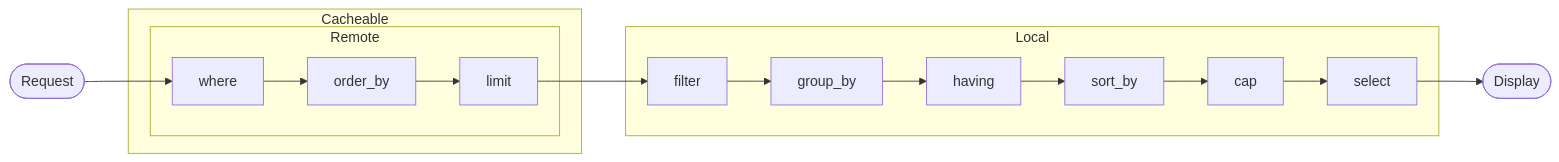
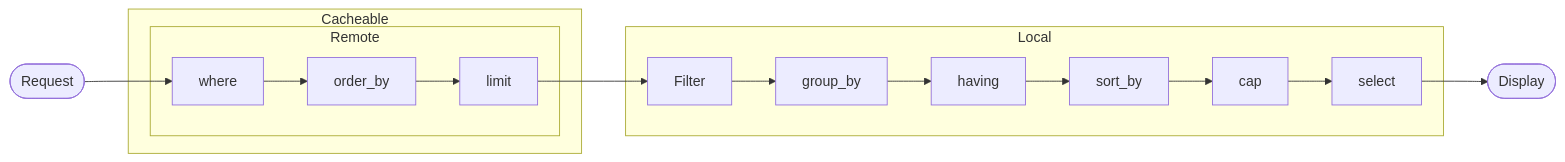
Before and after one commit to coddingtonbear/jira-select: the diagram in docs/query_lifecycle.rst, drawn with Mermaid. The commit also changed 2 other files, not shown here.

Commit message:
Documentation fixes and updates.

```diff
--- a/docs/query_lifecycle.rst
+++ b/docs/query_lifecycle.rst
@@ -4,21 +4,21 @@
 .. mermaid::
 
    graph LR
         req([Request])
         req-->where
         subgraph Cacheable
           subgraph Remote
               where-->order_by
               order_by-->limit
           end
         end
         subgraph Local
-            limit-->filter
-            filter-->group_by
+            limit-->filt[Filter]
+            filt[Filter]-->group_by
             group_by-->having
             having-->sort_by
             sort_by-->cap
             cap-->select
         end
         result([Display])
         select-->result
```
